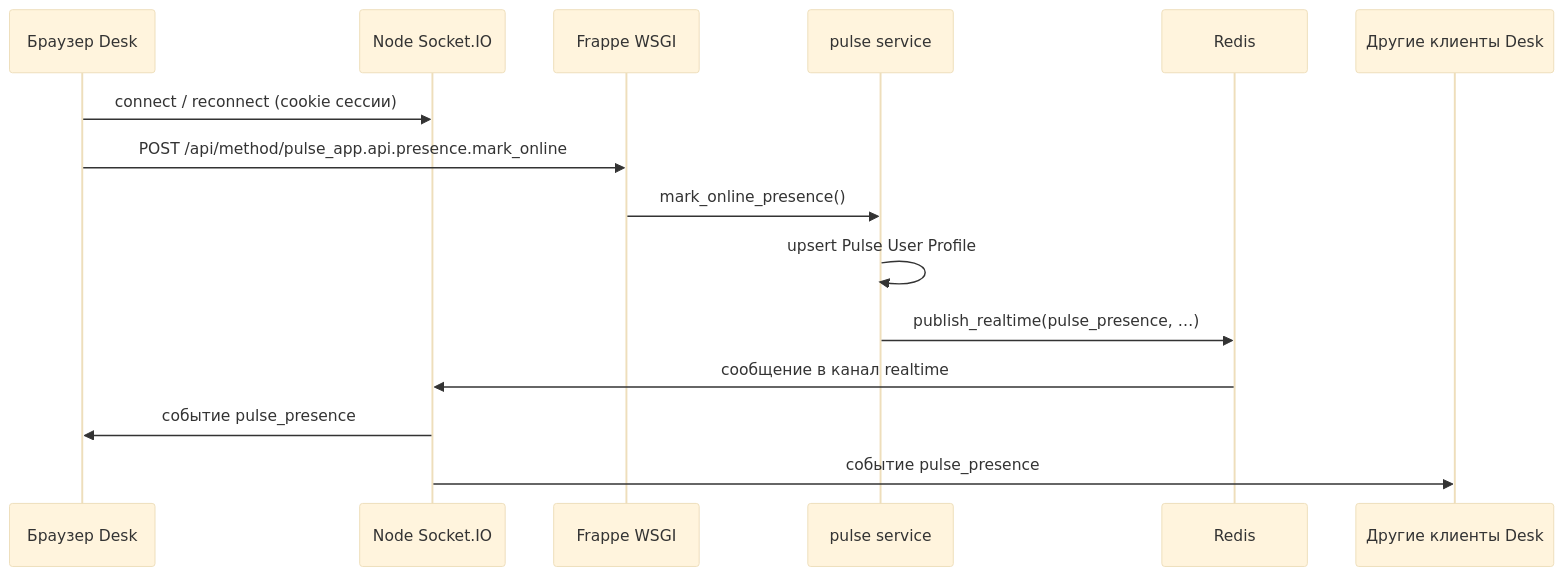
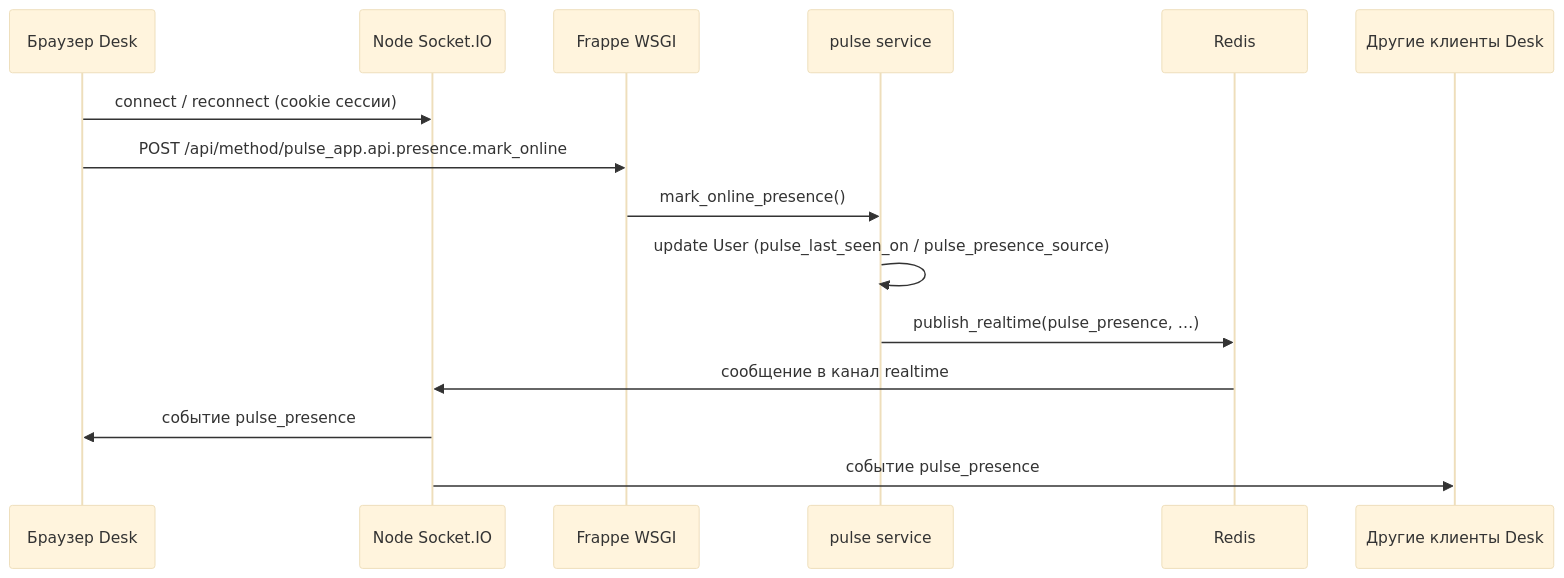
The first of 2 diagrams in docs/ARCHITECTURE.md (VladislavBly/frappe_pulse), drawn with Mermaid (base theme) before and after one commit. The commit also changed other lines of this file and 11 other files, not shown here.

First line of the commit message:
refactor: presence on User fields; Desk logo; visible Pulse badges

````diff
--- a/docs/ARCHITECTURE.md
+++ b/docs/ARCHITECTURE.md
@@ -101,18 +101,18 @@
 ```mermaid
 sequenceDiagram
 	participant B as Браузер Desk
 	participant SIO as Node Socket.IO
 	participant W as Frappe WSGI
 	participant Svc as pulse service
 	participant R as Redis
 	participant Peers as Другие клиенты Desk
 
 	B->>SIO: connect / reconnect (cookie сессии)
 	B->>W: POST /api/method/pulse_app.api.presence.mark_online
 	W->>Svc: mark_online_presence()
-	Svc->>Svc: upsert Pulse User Profile
+	Svc->>Svc: update User (pulse_last_seen_on / pulse_presence_source)
 	Svc->>R: publish_realtime(pulse_presence, …)
 	R->>SIO: сообщение в канал realtime
 	SIO->>B: событие pulse_presence
 	SIO->>Peers: событие pulse_presence
 ```
````
